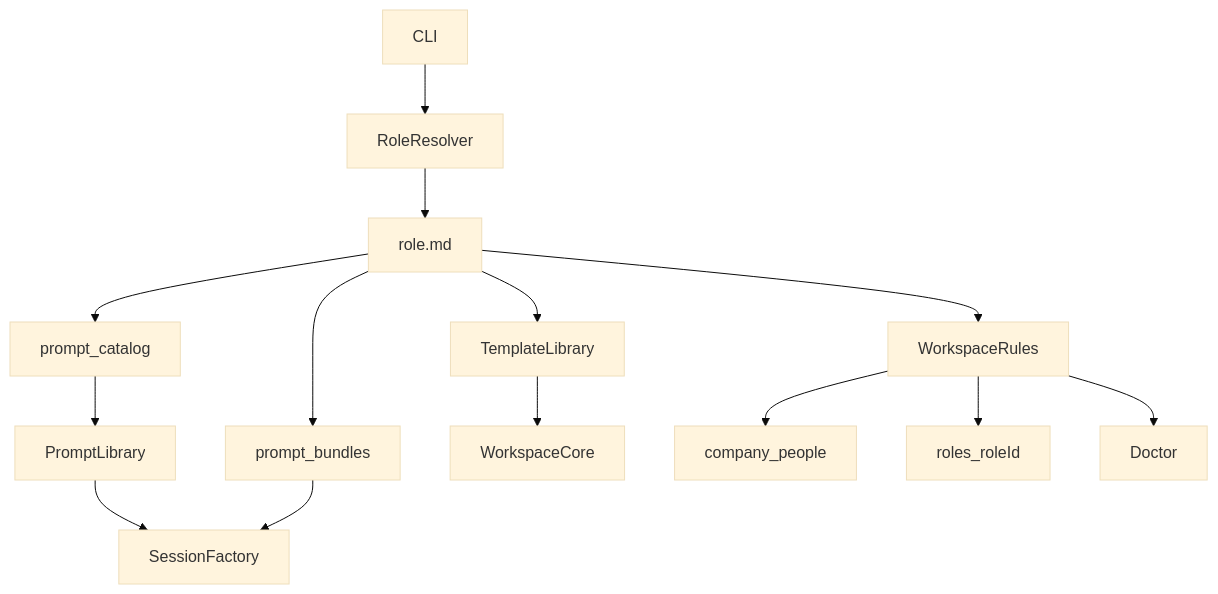
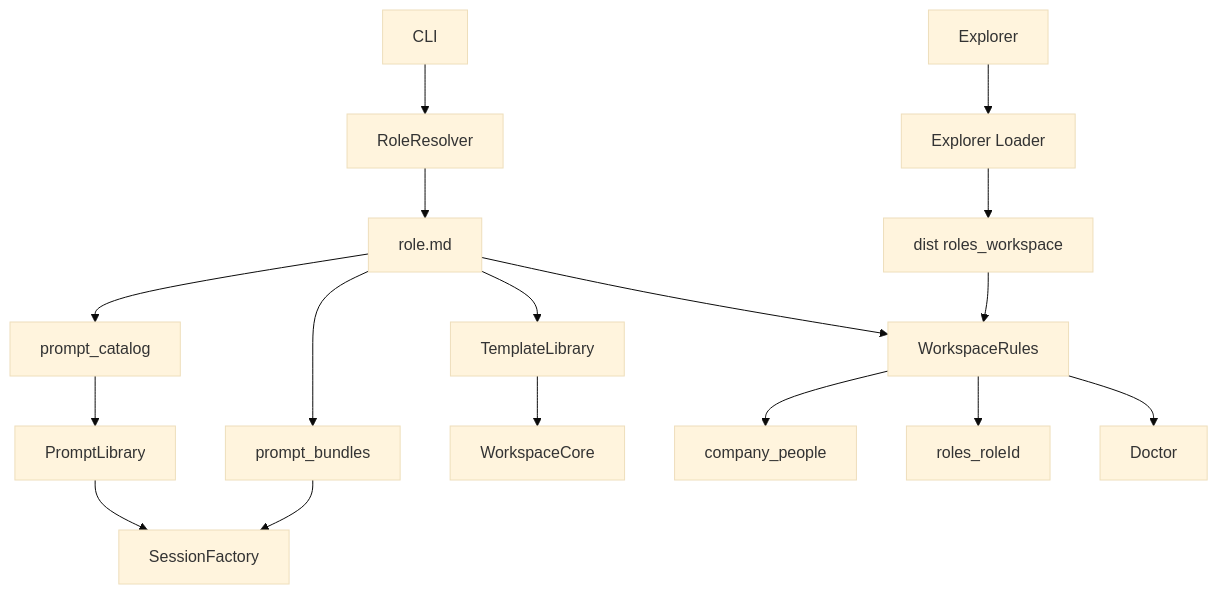
One commit to benschrauwen/hermit changed the diagram in docs/architecture.md. Above: the diagram before and after it, drawn with Mermaid (base theme). The commit also changed other lines of this file and 21 other files, not shown here.

````diff
--- a/docs/architecture.md
+++ b/docs/architecture.md
@@ -65,16 +76,19 @@
 ```mermaid
 flowchart TD
   cli[CLI] --> roleResolver[RoleResolver]
+  explorer[Explorer] --> explorerLoader[Explorer Loader]
+  explorerLoader --> workspaceDist[dist roles_workspace]
   roleResolver --> roleManifest[role.md]
   roleManifest --> promptCatalog[prompt_catalog]
   promptCatalog --> promptLibrary[PromptLibrary]
   roleManifest --> promptBundles[prompt_bundles]
   roleManifest --> templateLibrary[TemplateLibrary]
   roleManifest --> workspaceRules[WorkspaceRules]
   workspaceRules --> sharedData[company_people]
   workspaceRules --> roleData[roles_roleId]
   promptLibrary --> sessionFactory[SessionFactory]
   promptBundles --> sessionFactory
   templateLibrary --> workspaceCore[WorkspaceCore]
+  workspaceDist --> workspaceRules
   workspaceRules --> doctor[Doctor]
 ```
````
